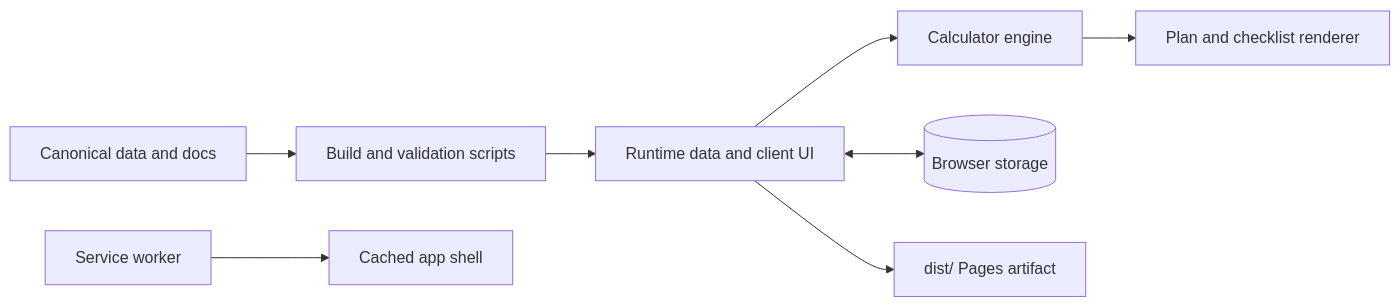
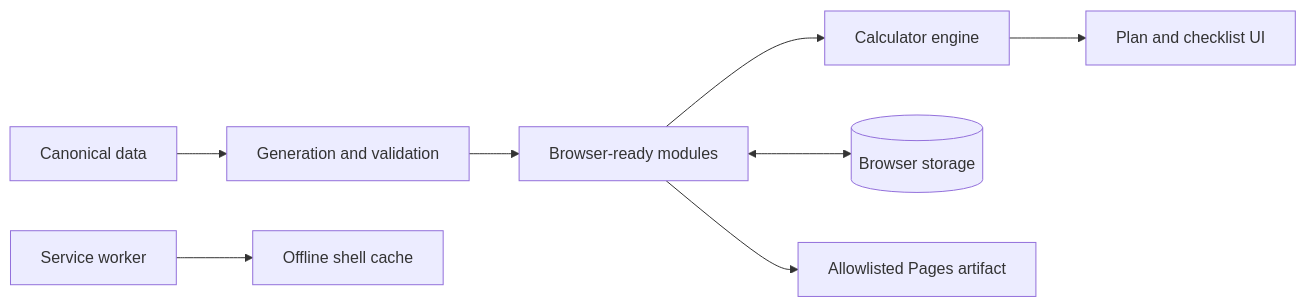
The diagram in README.md (ChrisFromNEPA/production-calculator-ER), drawn with Mermaid before and after one commit. The commit also changed other lines of this file and 3334 other files, not shown here.

````diff
--- a/README.md
+++ b/README.md
@@ -34,10 +58,10 @@
 ```mermaid
 flowchart LR
-  data[Canonical data and docs] --> generators[Build and validation scripts]
-  generators --> runtime[Runtime data and client UI]
+  source[Canonical data] --> validation[Generation and validation]
+  validation --> runtime[Browser-ready modules]
   runtime --> engine[Calculator engine]
-  engine --> plan[Plan and checklist renderer]
+  engine --> plan[Plan and checklist UI]
   runtime <--> storage[(Browser storage)]
-  runtime --> artifact[dist/ Pages artifact]
-  worker[Service worker] --> shell[Cached app shell]
+  runtime --> pages[Allowlisted Pages artifact]
+  worker[Service worker] --> cache[Offline shell cache]
 ```
````
